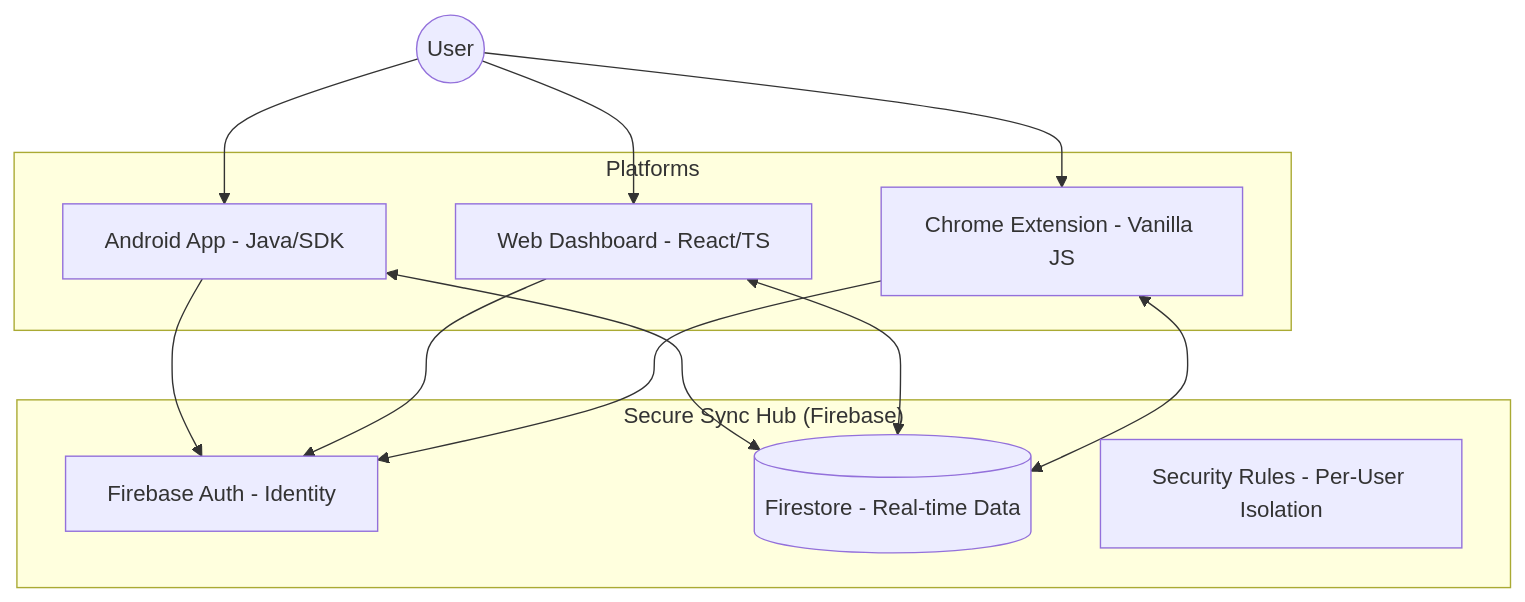
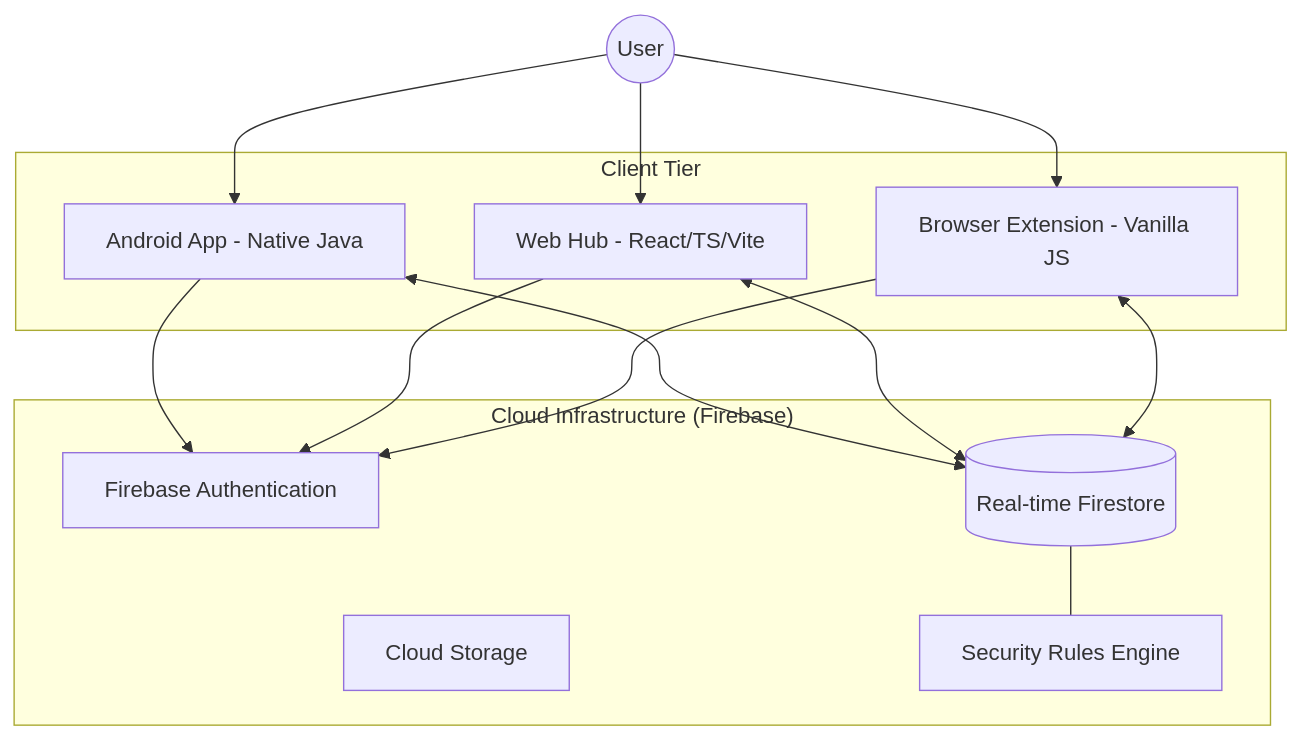
The diagram in README.md (Hasaoxend/Lifehub), drawn with Mermaid before and after one commit. The commit also changed other lines of this file, not shown here.

Commit message:
docs: expand README with comprehensive technical architecture and diagrams

````diff
--- a/README.md
+++ b/README.md
@@ -11,28 +14,31 @@
 ```mermaid
 graph TD
     User((User))
     
-    subgraph Platforms
-        Android[Android App - Java/SDK]
-        Web[Web Dashboard - React/TS]
-        Ext[Chrome Extension - Vanilla JS]
+    subgraph "Client Tier"
+        Android[Android App - Native Java]
+        Web[Web Hub - React/TS/Vite]
+        Ext[Browser Extension - Vanilla JS]
     end
     
-    subgraph "Secure Sync Hub (Firebase)"
-        Auth[Firebase Auth - Identity]
-        Firestore[(Firestore - Real-time Data)]
-        Rules[Security Rules - Per-User Isolation]
+    subgraph "Cloud Infrastructure (Firebase)"
+        Auth[Firebase Authentication]
+        Firestore[(Real-time Firestore)]
+        Storage[Cloud Storage]
+        Rules[Security Rules Engine]
     end
     
     User --> Android
     User --> Web
     User --> Ext
     
     Android <--> Firestore
     Web <--> Firestore
     Ext <--> Firestore
     
     Android --> Auth
     Web --> Auth
     Ext --> Auth
+    
+    Firestore --- Rules
 ```
````
